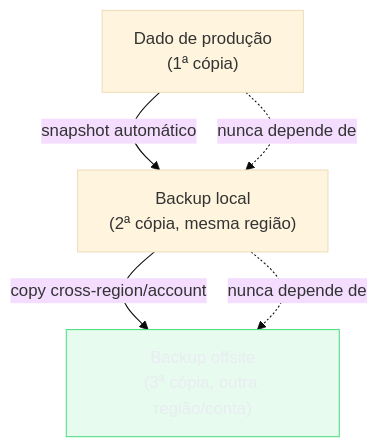
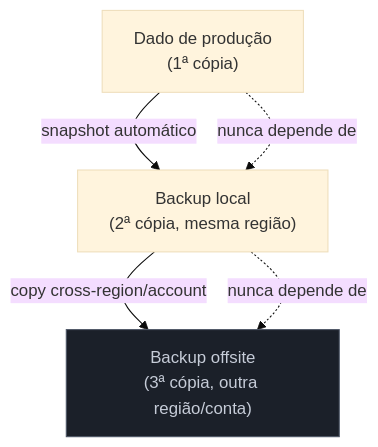
One commit to josenaldo/codex-technomanticus changed the first of 3 diagrams in 03-Dominios/Tecnologia/Cloud/20 - Resiliência e continuidade/05 - Backup, continuidade e teste.md. Above: the diagram before and after it, drawn with Mermaid (base theme). The commit also changed 601 other files, not shown here.

````diff
--- a/03-Dominios/Tecnologia/Cloud/20 - Resiliência e continuidade/05 - Backup, continuidade e teste.md
+++ b/03-Dominios/Tecnologia/Cloud/20 - Resiliência e continuidade/05 - Backup, continuidade e teste.md
@@ -33,15 +33,15 @@
 ```mermaid
 flowchart TD
-    classDef ok fill:#4ADE8021,stroke:#4ADE80,color:#E9ECF2
+    classDef neutro fill:#1B2029,stroke:#4E5666,color:#C6CCD8
     Original["Dado de produção<br/>(1ª cópia)"]
     Local["Backup local<br/>(2ª cópia, mesma região)"]
     Offsite["Backup offsite<br/>(3ª cópia, outra região/conta)"]
 
     Original -->|snapshot automático| Local
     Local -->|copy cross-region/account| Offsite
 
     Original -.->|nunca depende de| Local
     Local -.->|nunca depende de| Offsite
 
-    class Offsite ok
+    class Offsite neutro
 ```
````
